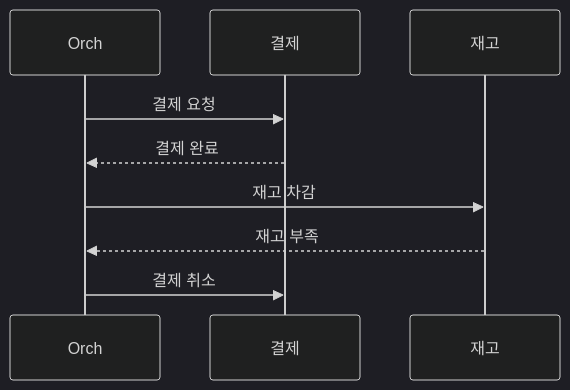
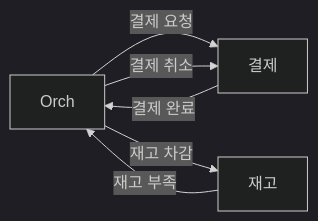
Before and after one commit to yjkim2015/yjkim2015.github.io: the seventh of 14 diagrams in _posts/architecture/2026-05-02-distributed-transaction-deep.md, drawn with Mermaid (dark theme). The commit also changed other lines of this file and 32 other files, not shown here.

First line of the commit message:
sequenceDiagram 82개 → graph LR 변환 완료

````diff
--- a/_posts/architecture/2026-05-02-distributed-transaction-deep.md
+++ b/_posts/architecture/2026-05-02-distributed-transaction-deep.md
@@ -177,11 +171,8 @@
 ```mermaid
-sequenceDiagram
-    participant Orch as Orch
-    participant PS as 결제
-    participant IS as 재고
-    Orch->>PS: 결제 요청
-    PS-->>Orch: 결제 완료
-    Orch->>IS: 재고 차감
-    IS-->>Orch: 재고 부족
-    Orch->>PS: 결제 취소
+graph LR
+    Orch["Orch"] -->|"결제 요청"| PS["결제"]
+    PS -->|"결제 완료"| Orch
+    Orch -->|"재고 차감"| IS["재고"]
+    IS -->|"재고 부족"| Orch
+    Orch -->|"결제 취소"| PS
 ```
````
